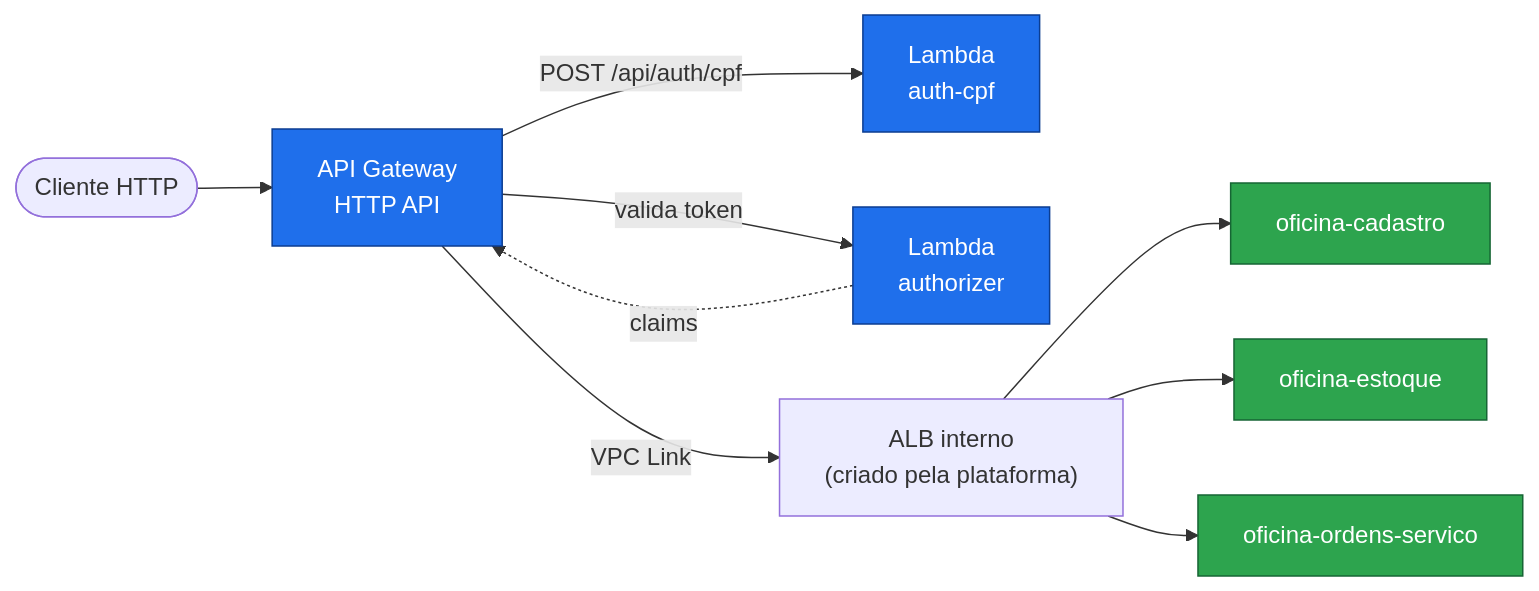
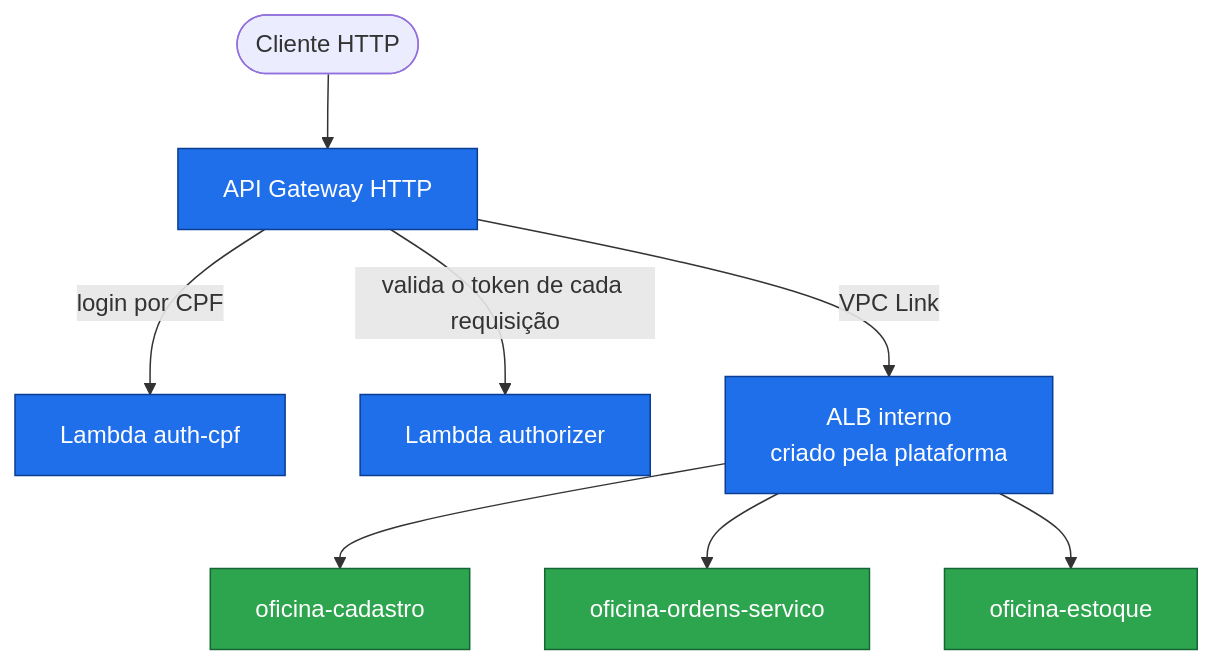
Before and after one commit to fabianorodrigues/oficina-infra-fiap-fase4: the third of 3 diagrams in README.md, drawn with Mermaid. The commit also changed other lines of this file and 1 other file, not shown here.

````diff
--- a/README.md
+++ b/README.md
@@ -104,18 +164,17 @@
 ```mermaid
-flowchart LR
-    Cliente([Cliente HTTP]) --> API["API Gateway<br/>HTTP API"]
+flowchart TB
+    Cliente([Cliente HTTP]) --> Gateway["API Gateway HTTP"]
 
-    API -->|"POST /api/auth/cpf"| AuthCpf["Lambda<br/>auth-cpf"]
-    API -->|"valida token"| Authorizer["Lambda<br/>authorizer"]
-    Authorizer -.->|"claims"| API
+    Gateway -->|"login por CPF"| AuthCpf["Lambda auth-cpf"]
+    Gateway -->|"valida o token de cada requisição"| Authorizer["Lambda authorizer"]
+    Gateway -->|"VPC Link"| ALB["ALB interno<br/>criado pela plataforma"]
 
-    API -->|"VPC Link"| ALB["ALB interno<br/>(criado pela plataforma)"]
     ALB --> Cadastro["oficina-cadastro"]
+    ALB --> Ordens["oficina-ordens-servico"]
     ALB --> Estoque["oficina-estoque"]
-    ALB --> Ordens["oficina-ordens-servico"]
 
-    classDef edge fill:#1f6feb,stroke:#0b3d91,color:#fff
-    classDef svc fill:#2da44e,stroke:#166534,color:#fff
-    class API,AuthCpf,Authorizer edge
-    class Cadastro,Estoque,Ordens svc
+    classDef borda fill:#1f6feb,stroke:#0b3d91,color:#fff
+    classDef servico fill:#2da44e,stroke:#166534,color:#fff
+    class Gateway,AuthCpf,Authorizer,ALB borda
+    class Cadastro,Ordens,Estoque servico
 ```
````
